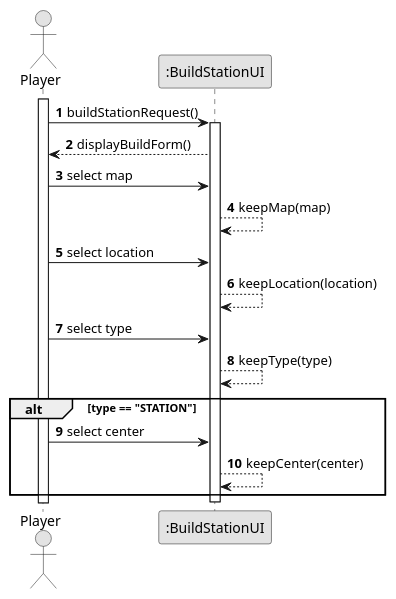
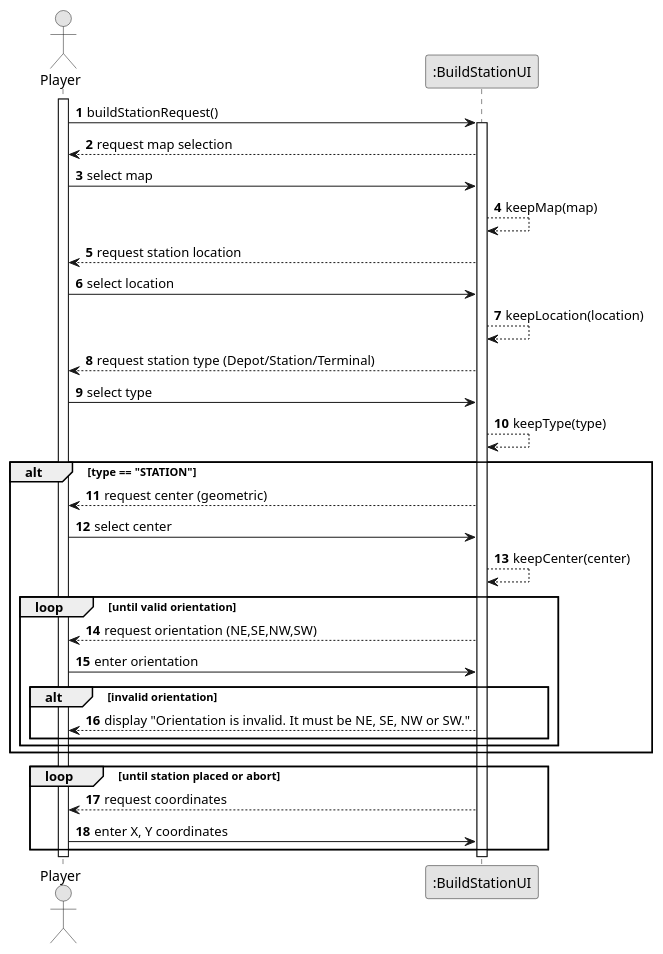
Before and after one commit to goncalolopesp/sem2-pi-24.25-g093-repo: the diagram in docs/system-documentation/US005/03.design/puml/US005-SD-getInput.puml, drawn with PlantUML. The commit also changed 9 other files, not shown here.

```diff
--- a/docs/system-documentation/US005/03.design/puml/US005-SD-getInput.puml
+++ b/docs/system-documentation/US005/03.design/puml/US005-SD-getInput.puml
@@ -1,31 +1,48 @@
 @startuml US005-SD-getInput
 skinparam monochrome true
 skinparam packageStyle rectangle
 skinparam shadowing false
 
 autonumber
 
 actor "Player" as Player
-participant ":BuildStationUI" as BuildUI
+participant ":BuildStationUI" as BuildStationUI
 
 activate Player
-Player -> BuildUI : buildStationRequest()
-activate BuildUI
-BuildUI --> Player : displayBuildForm()
+Player -> BuildStationUI : buildStationRequest()
+activate BuildStationUI
+BuildStationUI --> Player : request map selection
 
-Player -> BuildUI : select map
-BuildUI --> BuildUI : keepMap(map)
+Player -> BuildStationUI : select map
+BuildStationUI --> BuildStationUI : keepMap(map)
 
-Player -> BuildUI : select location
-BuildUI --> BuildUI : keepLocation(location)
+BuildStationUI --> Player : request station location
+Player -> BuildStationUI : select location
+BuildStationUI --> BuildStationUI : keepLocation(location)
 
-Player -> BuildUI : select type
-BuildUI --> BuildUI : keepType(type)
+BuildStationUI --> Player : request station type (Depot/Station/Terminal)
+Player -> BuildStationUI : select type
+BuildStationUI --> BuildStationUI : keepType(type)
 
 alt type == "STATION"
-  Player -> BuildUI : select center
-  BuildUI --> BuildUI : keepCenter(center)
+  BuildStationUI --> Player : request center (geometric)
+  Player -> BuildStationUI : select center
+  BuildStationUI --> BuildStationUI : keepCenter(center)
+
+  loop until valid orientation
+    BuildStationUI --> Player : request orientation (NE,SE,NW,SW)
+    Player -> BuildStationUI : enter orientation
+    alt invalid orientation
+      BuildStationUI --> Player : display "Orientation is invalid. It must be NE, SE, NW or SW."
+    end
+  end
 end
 
-deactivate BuildUI
+loop until station placed or abort
+  BuildStationUI --> Player : request coordinates
+  Player -> BuildStationUI : enter X, Y coordinates
+end
+
+deactivate BuildStationUI
+deactivate Player
 @enduml
```
